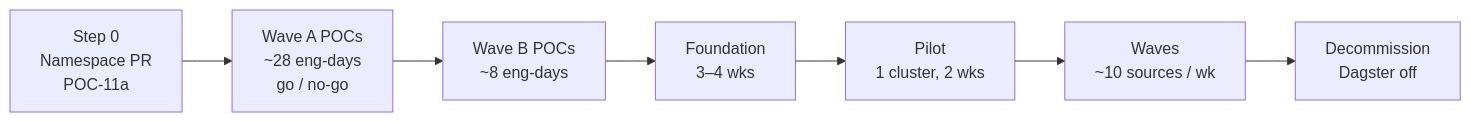
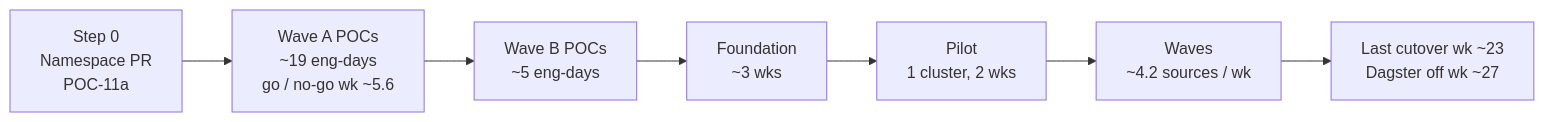
The second of 13 diagrams in docs/2-migration-plan.md (infroid/temporal-vs-dagster), drawn with Mermaid before and after one commit. The commit also changed other lines of this file and 3 other files, not shown here.

First line of the commit message:
Add effort and timeline estimates (aggressive, LLM-assisted, one person) and POC phase at a glance (#4)

````diff
--- a/docs/2-migration-plan.md
+++ b/docs/2-migration-plan.md
@@ -61,9 +62,9 @@
 ```mermaid
 flowchart LR
-  S0["Step 0<br/>Namespace PR<br/>POC-11a"] --> WA["Wave A POCs<br/>~28 eng-days<br/>go / no-go"]
-  WA --> WB["Wave B POCs<br/>~8 eng-days"]
-  WB --> F["Foundation<br/>3–4 wks"]
+  S0["Step 0<br/>Namespace PR<br/>POC-11a"] --> WA["Wave A POCs<br/>~19 eng-days<br/>go / no-go wk ~5.6"]
+  WA --> WB["Wave B POCs<br/>~5 eng-days"]
+  WB --> F["Foundation<br/>~3 wks"]
   F --> P["Pilot<br/>1 cluster, 2 wks"]
-  P --> W["Waves<br/>~10 sources / wk"]
-  W --> D["Decommission<br/>Dagster off"]
+  P --> W["Waves<br/>~4.2 sources / wk"]
+  W --> D["Last cutover wk ~23<br/>Dagster off wk ~27"]
 ```
````
